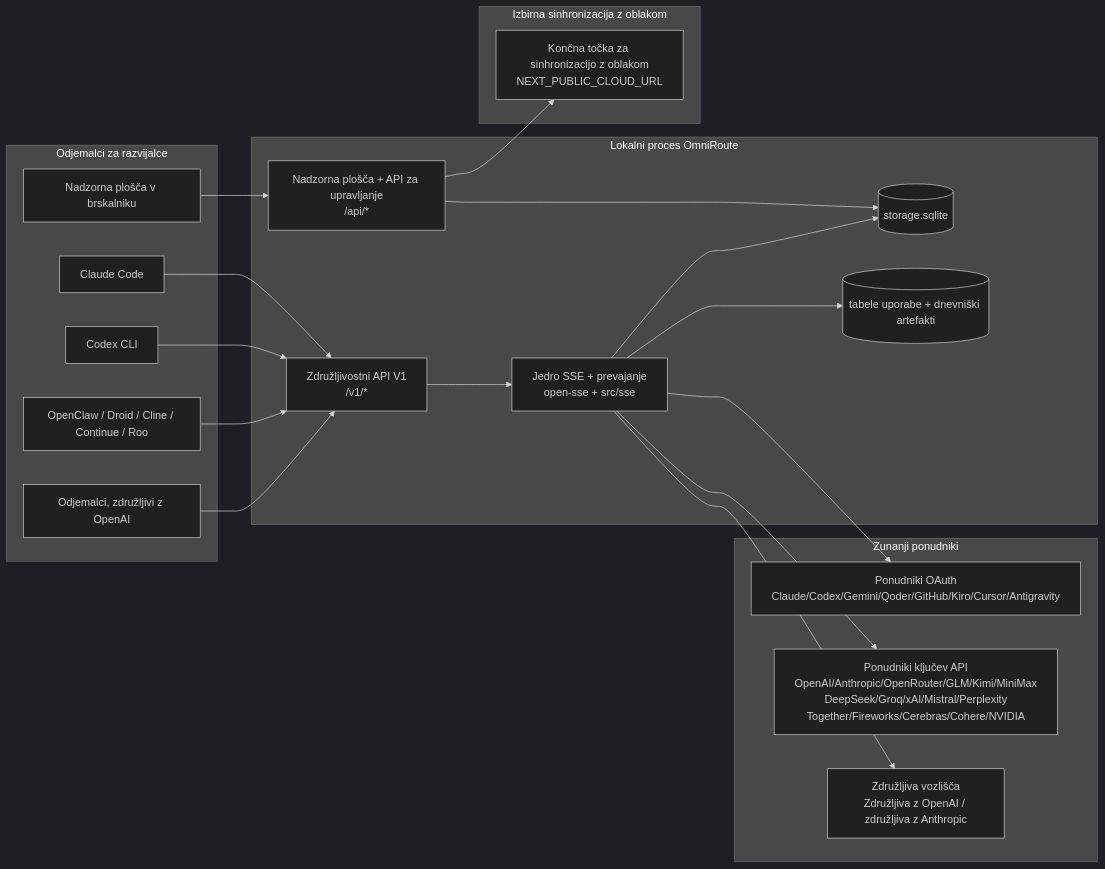
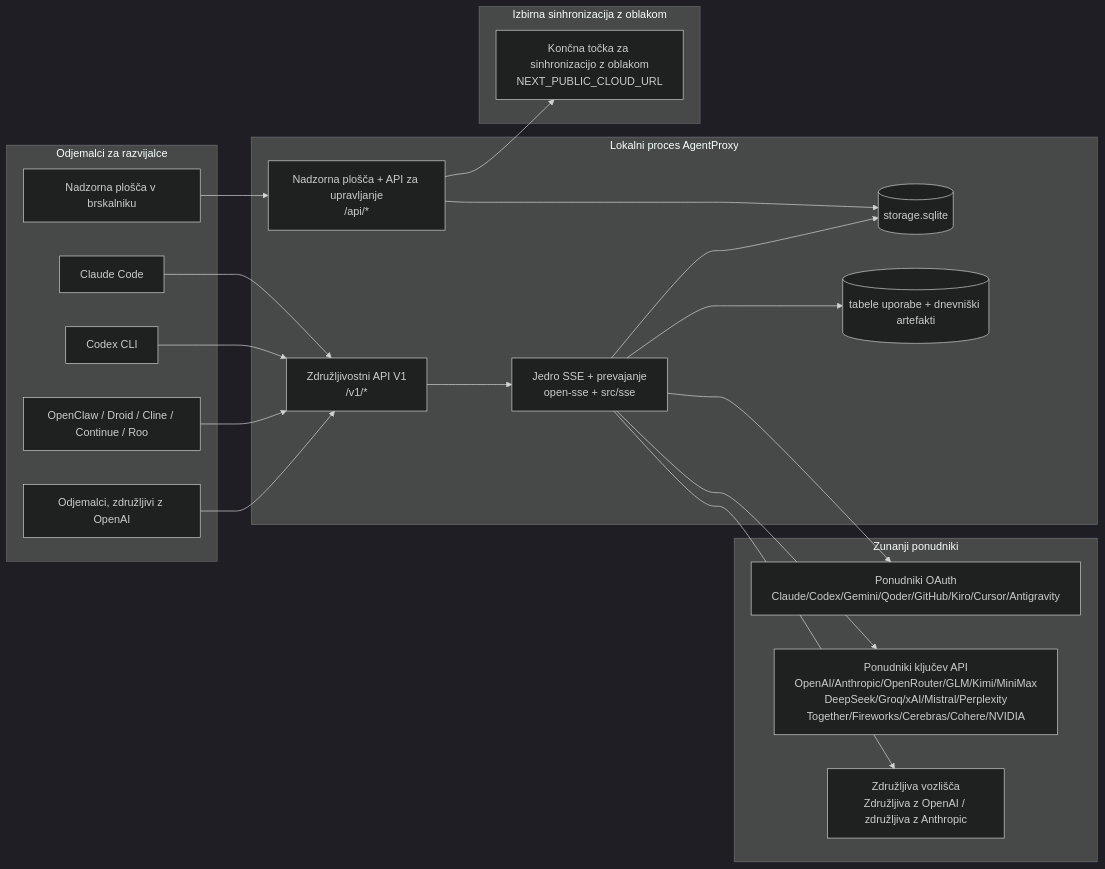
The first of 7 diagrams in docs/i18n/sl/docs/architecture/ARCHITECTURE.md (khanhkit/AgentProxy), drawn with Mermaid (dark theme) before and after one commit. The commit also changed other lines of this file and 6043 other files, not shown here.

Commit message:
wip(release): checkpoint AgentProxy identity cleanup

````diff
--- a/docs/i18n/sl/docs/architecture/ARCHITECTURE.md
+++ b/docs/i18n/sl/docs/architecture/ARCHITECTURE.md
@@ -166,45 +166,45 @@
 ```mermaid
 flowchart LR
     subgraph Clients[Odjemalci za razvijalce]
         C1[Claude Code]
         C2[Codex CLI]
         C3[OpenClaw / Droid / Cline / Continue / Roo]
         C4[Odjemalci, združljivi z OpenAI]
         BROWSER[Nadzorna plošča v brskalniku]
     end
 
-    subgraph Router[Lokalni proces OmniRoute]
+    subgraph Router[Lokalni proces AgentProxy]
         API[Združljivostni API V1\n/v1/*]
         DASH[Nadzorna plošča + API za upravljanje\n/api/*]
         CORE[Jedro SSE + prevajanje\nopen-sse + src/sse]
         DB[(storage.sqlite)]
         UDB[(tabele uporabe + dnevniški artefakti)]
     end
 
     subgraph Upstreams[Zunanji ponudniki]
         P1[Ponudniki OAuth\nClaude/Codex/Gemini/Qoder/GitHub/Kiro/Cursor/Antigravity]
         P2[Ponudniki ključev API\nOpenAI/Anthropic/OpenRouter/GLM/Kimi/MiniMax\nDeepSeek/Groq/xAI/Mistral/Perplexity\nTogether/Fireworks/Cerebras/Cohere/NVIDIA]
         P3[Združljiva vozlišča\nZdružljiva z OpenAI / združljiva z Anthropic]
     end
 
     subgraph Cloud[Izbirna sinhronizacija z oblakom]
         CLOUD[Končna točka za sinhronizacijo z oblakom\nNEXT_PUBLIC_CLOUD_URL]
     end
 
     C1 --> API
     C2 --> API
     C3 --> API
     C4 --> API
     BROWSER --> DASH
 
     API --> CORE
     DASH --> DB
     CORE --> DB
     CORE --> UDB
 
     CORE --> P1
     CORE --> P2
     CORE --> P3
 
     DASH --> CLOUD
 ```
````
